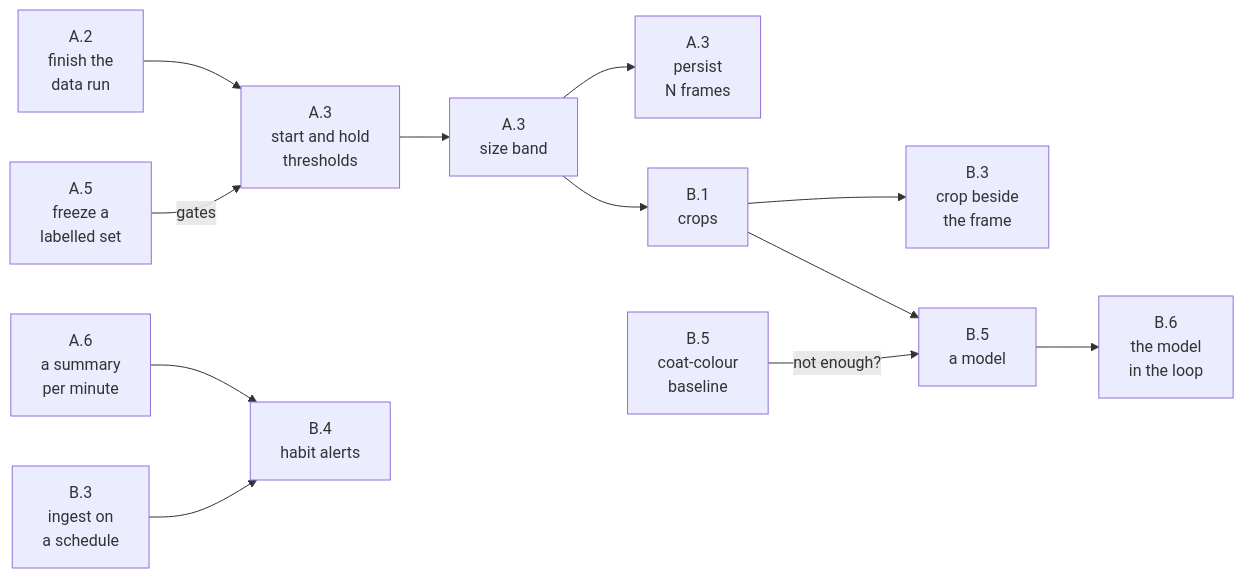
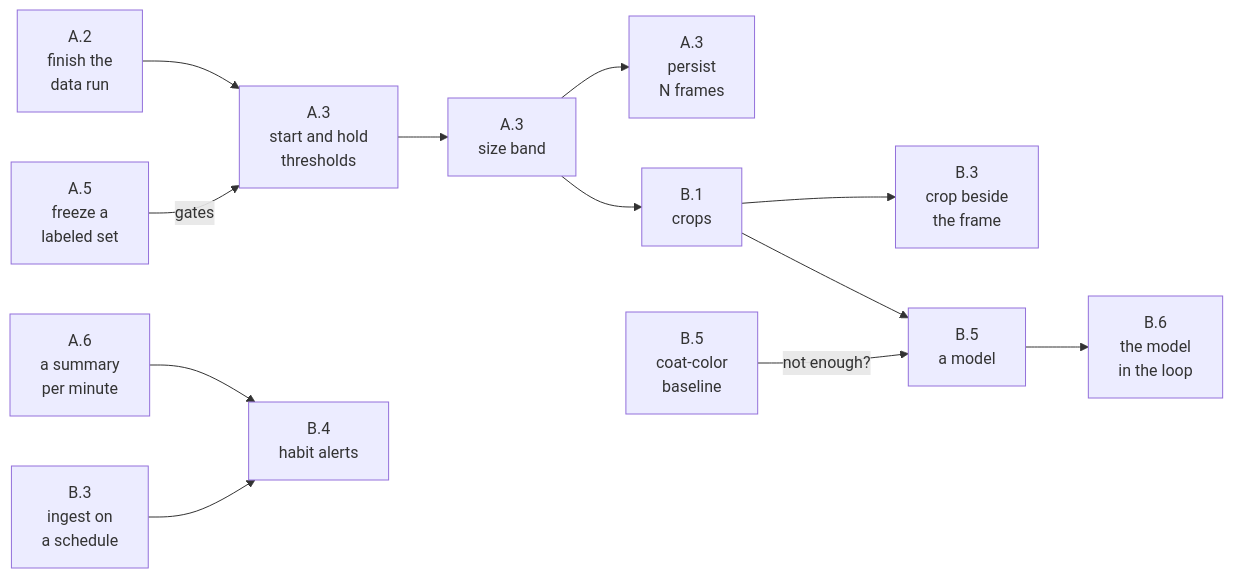
Before and after one commit to Thinmindt/CatDetector: the diagram in docs/ROADMAP.md, drawn with Mermaid. The commit also changed other lines of this file and 33 other files, not shown here.

````diff
--- a/docs/ROADMAP.md
+++ b/docs/ROADMAP.md
@@ -36,14 +36,14 @@
 ```mermaid
 flowchart LR
   A2["A.2<br>finish the<br>data run"] --> A3h["A.3<br>start and hold<br>thresholds"]
-  A5["A.5<br>freeze a<br>labelled set"] -->|gates| A3h
+  A5["A.5<br>freeze a<br>labeled set"] -->|gates| A3h
   A3h --> A3b["A.3<br>size band"]
   A3b --> A3p["A.3<br>persist<br>N frames"]
   A3b --> B1["B.1<br>crops"]
   B1 --> B3c["B.3<br>crop beside<br>the frame"]
   B1 --> B5m["B.5<br>a model"]
-  B5a["B.5<br>coat-colour<br>baseline"] -->|"not enough?"| B5m
+  B5a["B.5<br>coat-color<br>baseline"] -->|"not enough?"| B5m
   B5m --> B6m["B.6<br>the model<br>in the loop"]
   A6["A.6<br>a summary<br>per minute"] --> B4["B.4<br>habit alerts"]
   B3i["B.3<br>ingest on<br>a schedule"] --> B4
 ```
````
